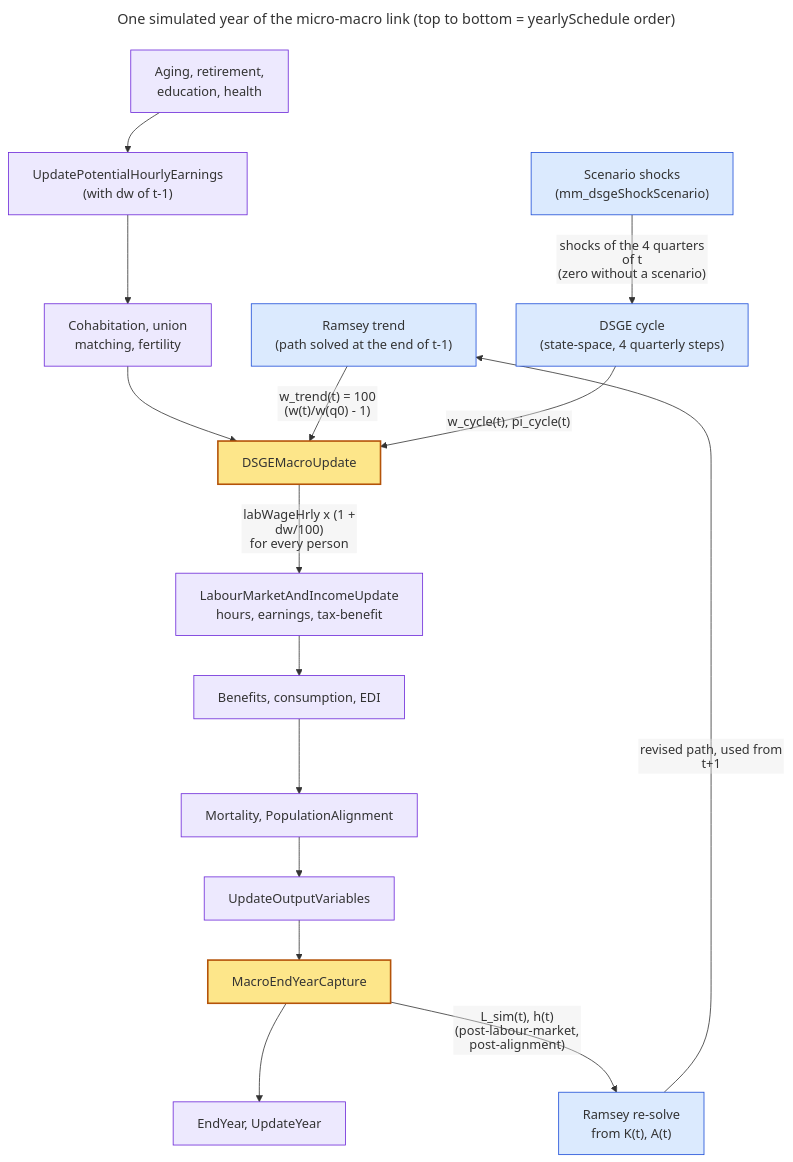
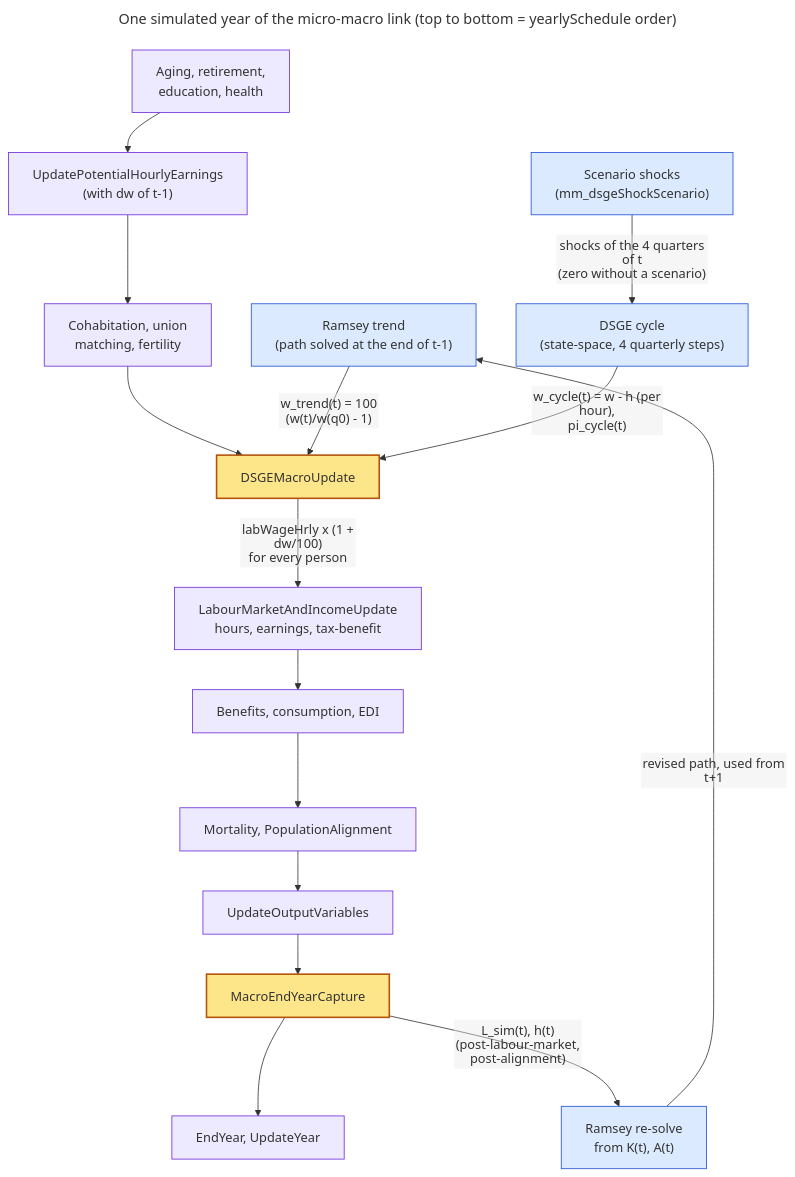
The first of 2 diagrams in input_processing/macromodel/docs/SimPaths_Coupling.md (LiangShi369/SimPathsEUFork), drawn with Mermaid before and after one commit. The commit also changed other lines of this file and 12 other files, not shown here.

````diff
--- a/input_processing/macromodel/docs/SimPaths_Coupling.md
+++ b/input_processing/macromodel/docs/SimPaths_Coupling.md
@@ -228,42 +235,42 @@
 ```mermaid
 ---
 title: One simulated year of the micro-macro link (top to bottom = yearlySchedule order)
 config:
   flowchart:
     htmlLabels: false
     wrappingWidth: 400
 ---
 flowchart TB
   A["Aging, retirement,<br/>education, health"]
   W0["UpdatePotentialHourlyEarnings<br/>(with dw of t-1)"]
   U["Cohabitation, union<br/>matching, fertility"]
   M["DSGEMacroUpdate"]
   LM["LabourMarketAndIncomeUpdate<br/>hours, earnings, tax-benefit"]
   B["Benefits, consumption, EDI"]
   P["Mortality, PopulationAlignment"]
   O["UpdateOutputVariables"]
   E["MacroEndYearCapture"]
   Y["EndYear, UpdateYear"]
   R["Ramsey trend<br/>(path solved at the end of t-1)"]
   D["DSGE cycle<br/>(state-space, 4 quarterly steps)"]
   SC["Scenario shocks<br/>(mm_dsgeShockScenario)"]
   RS["Ramsey re-solve<br/>from K(t), A(t)"]
 
   A ~~~ R
   A --> W0 --> U --> M
   M -- "labWageHrly x (1 + dw/100)<br/>for every person" --> LM
   LM --> B --> P --> O --> E --> Y
 
   R -- "w_trend(t) = 100 (w(t)/w(q0) - 1)" --> M
   SC -- "shocks of the 4 quarters of t<br/>(zero without a scenario)" --> D
-  D -- "w_cycle(t), pi_cycle(t)" --> M
+  D -- "w_cycle(t) = w - h (per hour),<br/>pi_cycle(t)" --> M
   E -- "L_sim(t), h(t)<br/>(post-labour-market, post-alignment)" --> RS
   RS -- "revised path, used from t+1" --> R
 
   classDef micro fill:#ede9fe,stroke:#6d28d9;
   classDef link fill:#fde68a,stroke:#b45309,stroke-width:2px;
   classDef macro fill:#dbeafe,stroke:#1d4ed8;
   class A,W0,U,LM,B,P,O,Y micro;
   class M,E link;
   class R,D,SC,RS macro;
 ```
````
